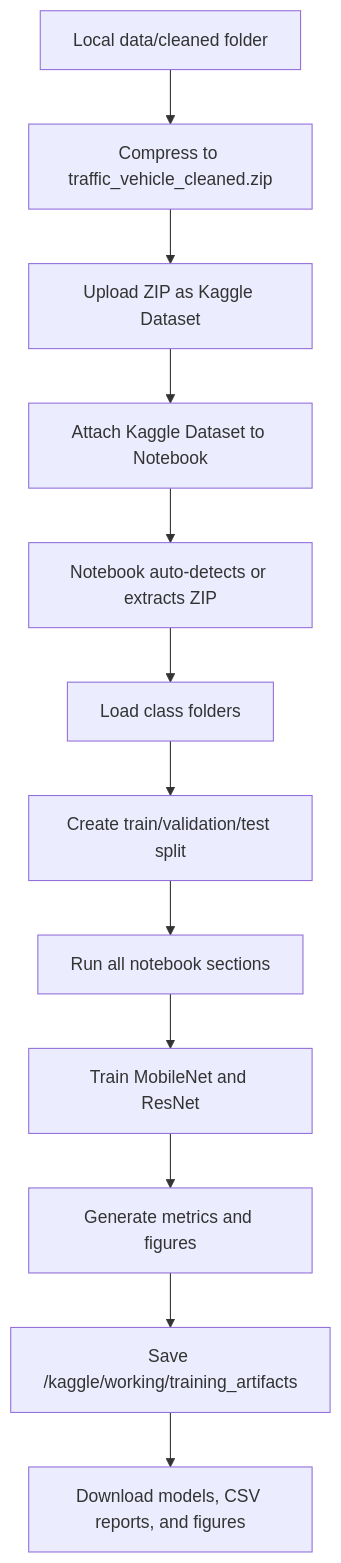
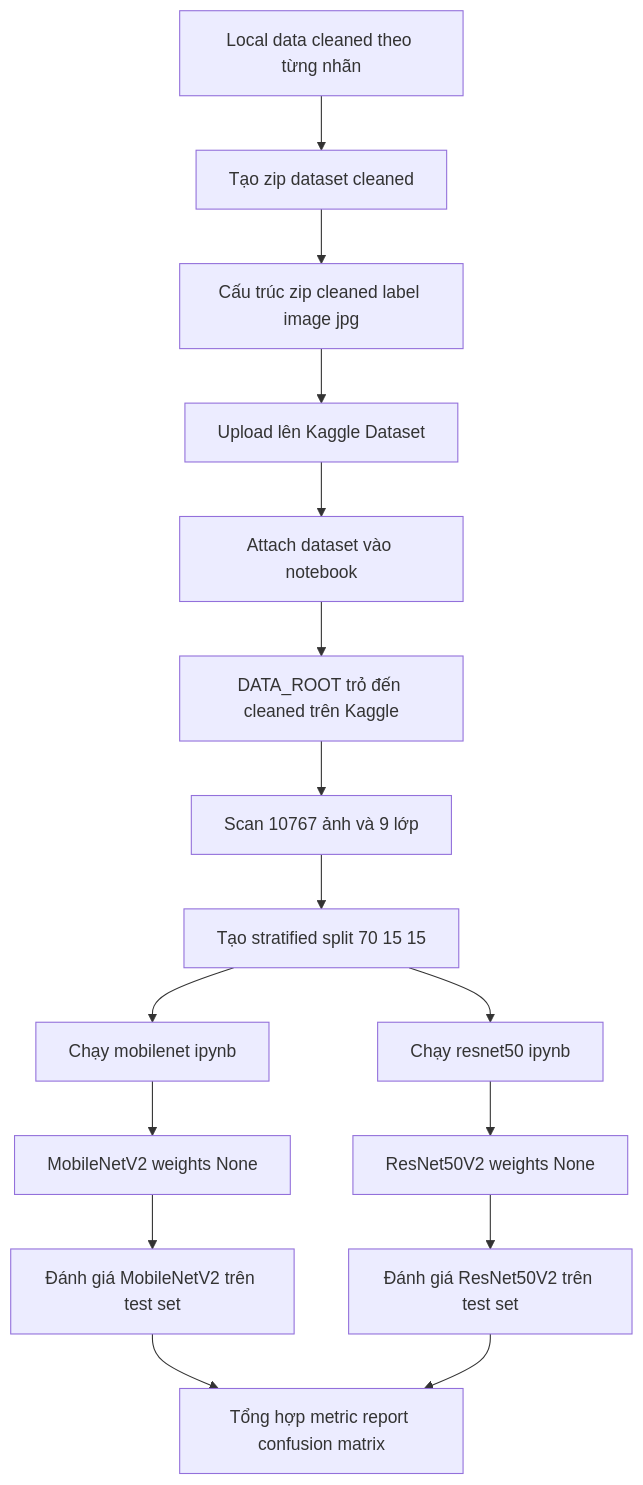
Before and after one commit to flyingdoggoo/vehicle-classification: the diagram in traffic_vehicle_classification/report_docs/mermaid/kaggle_training_flow.mmd, drawn with Mermaid. The commit also changed other lines of this file and 23 other files, not shown here.

```diff
--- a/traffic_vehicle_classification/report_docs/mermaid/kaggle_training_flow.mmd
+++ b/traffic_vehicle_classification/report_docs/mermaid/kaggle_training_flow.mmd
@@ -1,12 +1,16 @@
 flowchart TD
-    A[Local data/cleaned folder] --> B[Compress to traffic_vehicle_cleaned.zip]
-    B --> C[Upload ZIP as Kaggle Dataset]
-    C --> D[Attach Kaggle Dataset to Notebook]
-    D --> E[Notebook auto-detects or extracts ZIP]
-    E --> F[Load class folders]
-    F --> G[Create train/validation/test split]
-    G --> H[Run all notebook sections]
-    H --> I[Train MobileNet and ResNet]
-    I --> J[Generate metrics and figures]
-    J --> K[Save /kaggle/working/training_artifacts]
-    K --> L[Download models, CSV reports, and figures]
+    A["Local data cleaned theo từng nhãn"] --> B["Tạo zip dataset cleaned"]
+    B --> C["Cấu trúc zip cleaned label image jpg"]
+    C --> D["Upload lên Kaggle Dataset"]
+    D --> E["Attach dataset vào notebook"]
+    E --> F["DATA_ROOT trỏ đến cleaned trên Kaggle"]
+    F --> G["Scan 10767 ảnh và 9 lớp"]
+    G --> H["Tạo stratified split 70 15 15"]
+    H --> I["Chạy mobilenet ipynb"]
+    H --> J["Chạy resnet50 ipynb"]
+    I --> K["MobileNetV2 weights None"]
+    J --> L["ResNet50V2 weights None"]
+    K --> M["Đánh giá MobileNetV2 trên test set"]
+    L --> N["Đánh giá ResNet50V2 trên test set"]
+    M --> O["Tổng hợp metric report confusion matrix"]
+    N --> O
```
